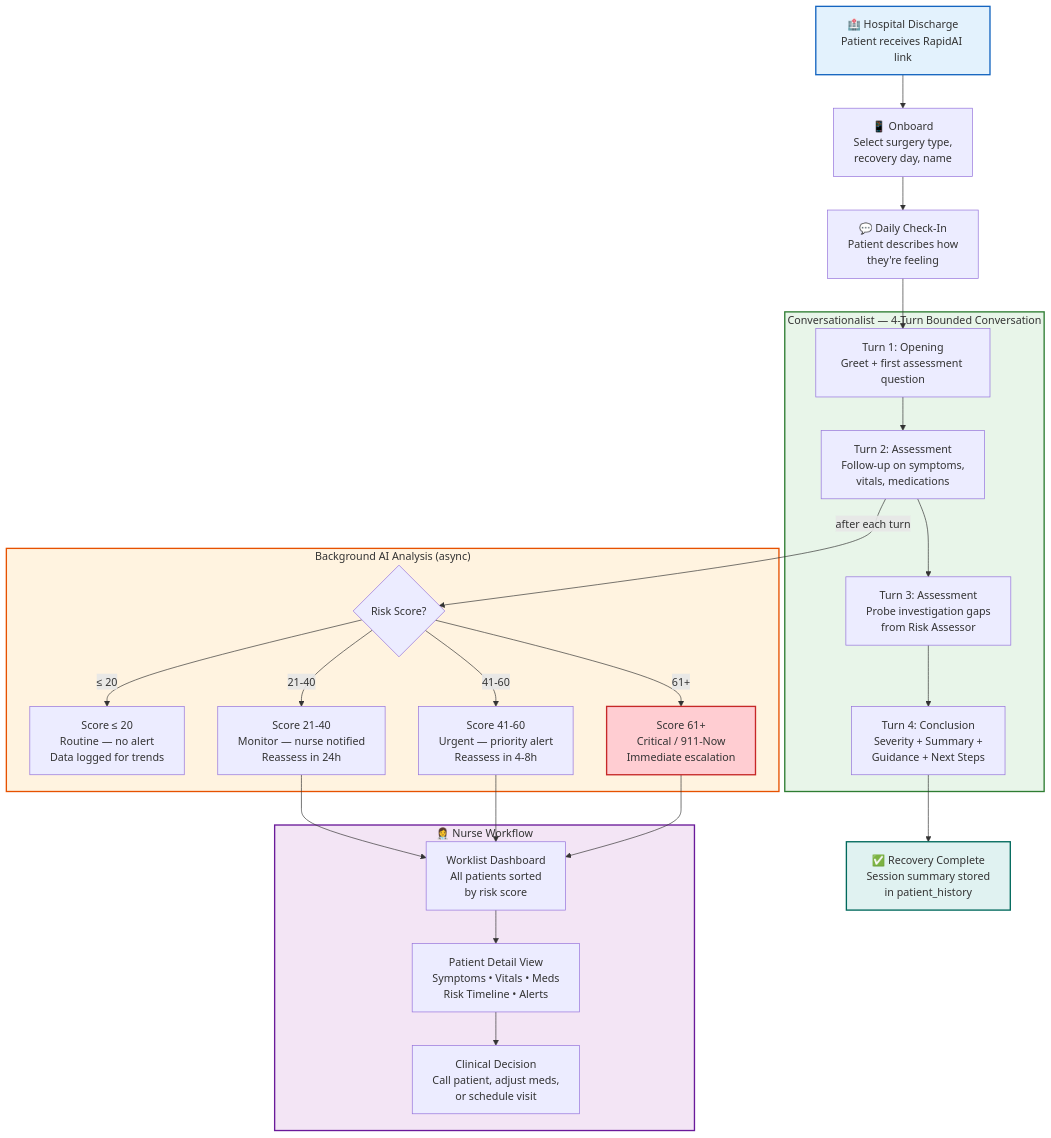
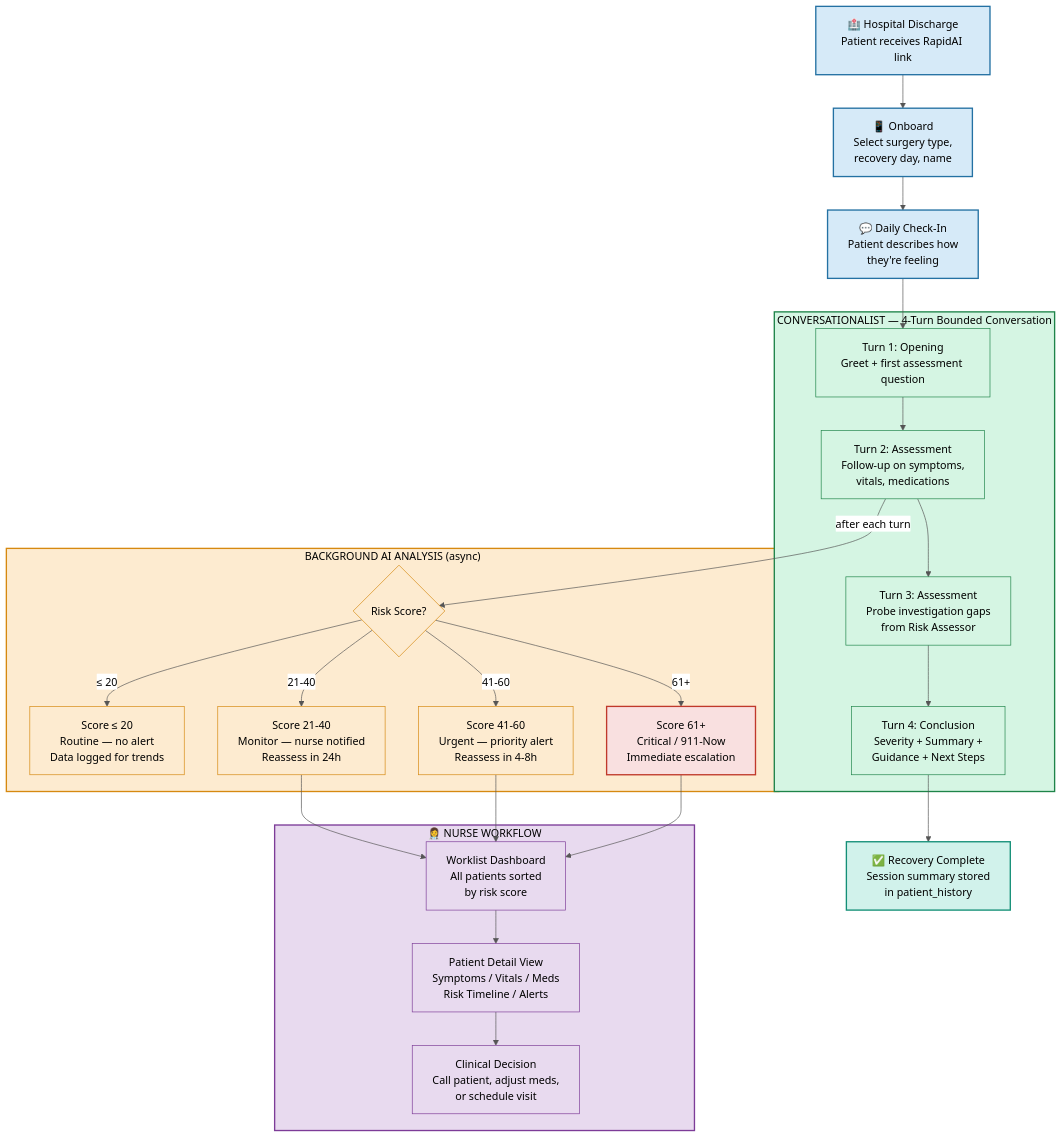
Before and after one commit to ankitasinha015/post-op-triage: the third of 5 diagrams in ROADMAP_PRD.md, drawn with Mermaid. The commit also changed other lines of this file, not shown here.

First line of the commit message:
fix: make all Mermaid diagrams readable on dark backgrounds

````diff
--- a/ROADMAP_PRD.md
+++ b/ROADMAP_PRD.md
@@ -197,48 +229,62 @@
 ```mermaid
+%%{init: {'theme': 'base', 'themeVariables': {'primaryTextColor': '#000000', 'lineColor': '#555555', 'background': '#ffffff', 'mainBkg': '#ffffff', 'edgeLabelBackground': '#ffffff'}}}%%
 flowchart TD
     A["🏥 Hospital Discharge\nPatient receives RapidAI link"]
     B["📱 Onboard\nSelect surgery type,\nrecovery day, name"]
     C["💬 Daily Check-In\nPatient describes how\nthey're feeling"]
 
-    subgraph CONV_FLOW["Conversationalist — 4-Turn Bounded Conversation"]
+    subgraph CONV_FLOW["CONVERSATIONALIST — 4-Turn Bounded Conversation"]
         D["Turn 1: Opening\nGreet + first assessment question"]
         E["Turn 2: Assessment\nFollow-up on symptoms,\nvitals, medications"]
         F["Turn 3: Assessment\nProbe investigation gaps\nfrom Risk Assessor"]
         G["Turn 4: Conclusion\nSeverity + Summary +\nGuidance + Next Steps"]
     end
 
-    subgraph AI_ANALYSIS["Background AI Analysis (async)"]
+    subgraph AI_ANALYSIS["BACKGROUND AI ANALYSIS (async)"]
         H{"Risk Score?"}
         I["Score ≤ 20\nRoutine — no alert\nData logged for trends"]
         J["Score 21-40\nMonitor — nurse notified\nReassess in 24h"]
         K["Score 41-60\nUrgent — priority alert\nReassess in 4-8h"]
         L["Score 61+\nCritical / 911-Now\nImmediate escalation"]
     end
 
-    subgraph NURSE_FLOW["👩‍⚕️ Nurse Workflow"]
+    subgraph NURSE_FLOW["👩‍⚕️ NURSE WORKFLOW"]
         M["Worklist Dashboard\nAll patients sorted\nby risk score"]
-        N["Patient Detail View\nSymptoms • Vitals • Meds\nRisk Timeline • Alerts"]
+        N["Patient Detail View\nSymptoms / Vitals / Meds\nRisk Timeline / Alerts"]
         O["Clinical Decision\nCall patient, adjust meds,\nor schedule visit"]
     end
 
     P["✅ Recovery Complete\nSession summary stored\nin patient_history"]
 
     A --> B --> C --> D
     D --> E --> F --> G
     G --> P
 
     E -- "after each turn" --> H
     H -- "≤ 20" --> I
     H -- "21-40" --> J
     H -- "41-60" --> K
     H -- "61+" --> L
 
     J & K & L --> M --> N --> O
 
-    style A fill:#e3f2fd,stroke:#1565C0,stroke-width:2px
-    style CONV_FLOW fill:#e8f5e9,stroke:#2E7D32,stroke-width:2px
-    style AI_ANALYSIS fill:#fff3e0,stroke:#E65100,stroke-width:2px
-    style NURSE_FLOW fill:#f3e5f5,stroke:#6A1B9A,stroke-width:2px
-    style P fill:#e0f2f1,stroke:#00695C,stroke-width:2px
-    style L fill:#ffcdd2,stroke:#c62828,stroke-width:2px
+    style A fill:#d6eaf8,stroke:#2471a3,stroke-width:2px,color:#000
+    style B fill:#d6eaf8,stroke:#2471a3,stroke-width:2px,color:#000
+    style C fill:#d6eaf8,stroke:#2471a3,stroke-width:2px,color:#000
+    style CONV_FLOW fill:#d5f5e3,stroke:#1e8449,stroke-width:2px,color:#000
+    style D fill:#d5f5e3,stroke:#1e8449,color:#000
+    style E fill:#d5f5e3,stroke:#1e8449,color:#000
+    style F fill:#d5f5e3,stroke:#1e8449,color:#000
+    style G fill:#d5f5e3,stroke:#1e8449,color:#000
+    style AI_ANALYSIS fill:#fdebd0,stroke:#d68910,stroke-width:2px,color:#000
+    style H fill:#fdebd0,stroke:#d68910,color:#000
+    style I fill:#fdebd0,stroke:#d68910,color:#000
+    style J fill:#fdebd0,stroke:#d68910,color:#000
+    style K fill:#fdebd0,stroke:#d68910,color:#000
+    style L fill:#f9e0e0,stroke:#c0392b,stroke-width:2px,color:#000
+    style NURSE_FLOW fill:#e8daef,stroke:#7d3c98,stroke-width:2px,color:#000
+    style M fill:#e8daef,stroke:#7d3c98,color:#000
+    style N fill:#e8daef,stroke:#7d3c98,color:#000
+    style O fill:#e8daef,stroke:#7d3c98,color:#000
+    style P fill:#d1f2eb,stroke:#148f77,stroke-width:2px,color:#000
 ```
````
